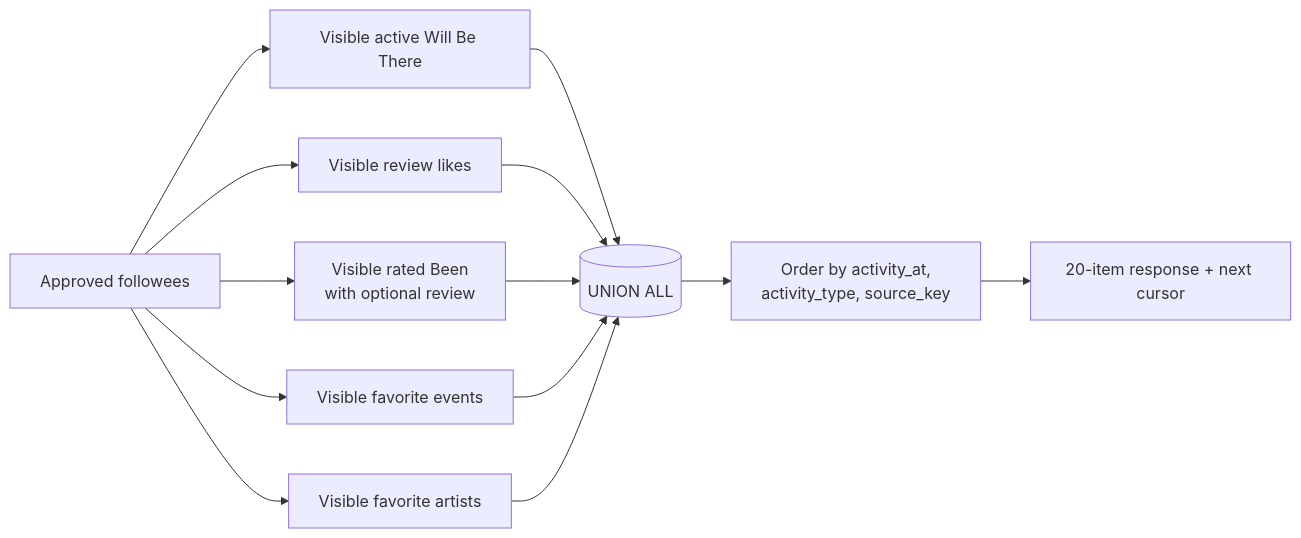
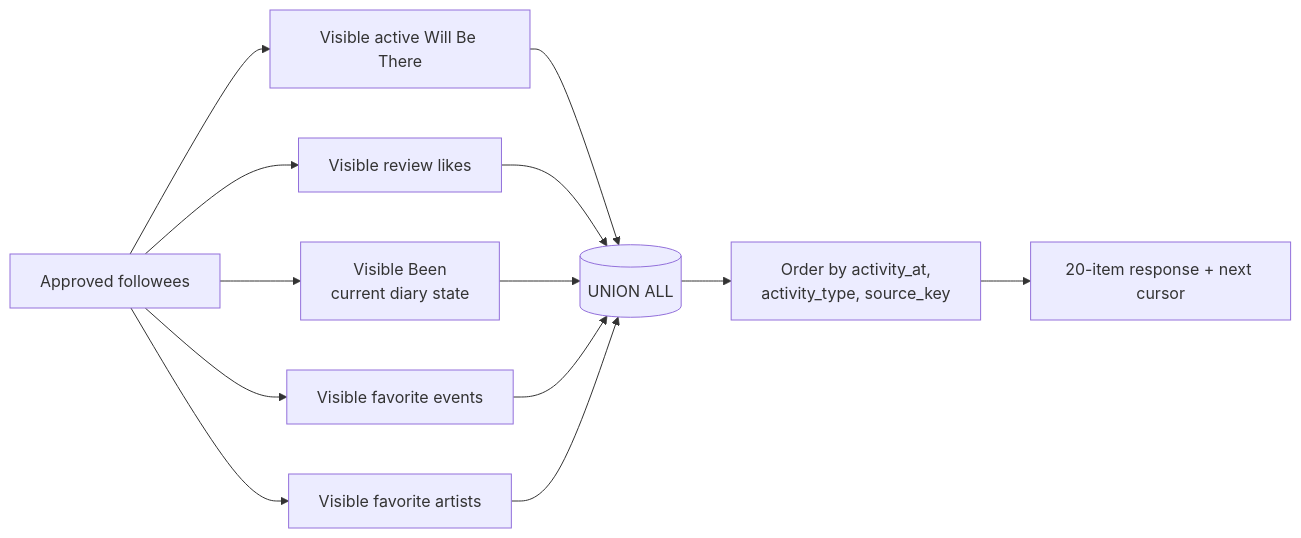
Before and after one commit to tanbaydar/onda: the sixth of 6 diagrams in docs/APPLICATION_DATA.md, drawn with Mermaid. The commit also changed other lines of this file and 11 other files, not shown here.

````diff
--- a/docs/APPLICATION_DATA.md
+++ b/docs/APPLICATION_DATA.md
@@ -147,16 +147,16 @@
 ```mermaid
 flowchart LR
     Follows[Approved followees] --> WBT[Visible active Will Be There]
     Follows --> Likes[Visible review likes]
-    Follows --> Ratings[Visible rated Been<br/>with optional review]
+    Follows --> Diary[Visible Been<br/>current diary state]
     Follows --> FavEvent[Visible favorite events]
     Follows --> FavArtist[Visible favorite artists]
 
     WBT --> Union[(UNION ALL)]
     Likes --> Union
-    Ratings --> Union
+    Diary --> Union
     FavEvent --> Union
     FavArtist --> Union
     Union --> Cursor[Order by activity_at,<br/>activity_type, source_key]
     Cursor --> Page[20-item response + next cursor]
 ```
````
